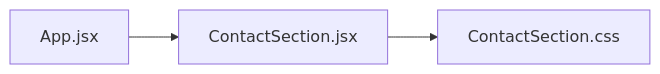
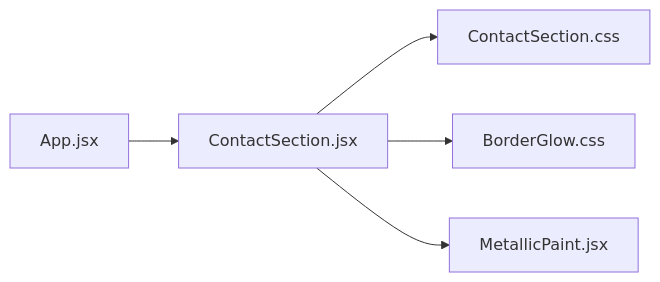
The fourth of 4 diagrams in .qoder/repowiki/zh/content/核心功能模块/联系方式组件.md (lithos666/lithos666.github.io), drawn with Mermaid before and after one commit. The commit also changed other lines of this file and 51 other files, not shown here.

````diff
--- a/.qoder/repowiki/zh/content/核心功能模块/联系方式组件.md
+++ b/.qoder/repowiki/zh/content/核心功能模块/联系方式组件.md
@@ -223,5 +272,7 @@
 ```mermaid
 graph LR
 App["App.jsx"] --> CS["ContactSection.jsx"]
 CS --> CSS["ContactSection.css"]
+CS --> BG["BorderGlow.css"]
+CS --> MP["MetallicPaint.jsx"]
 ```
````
